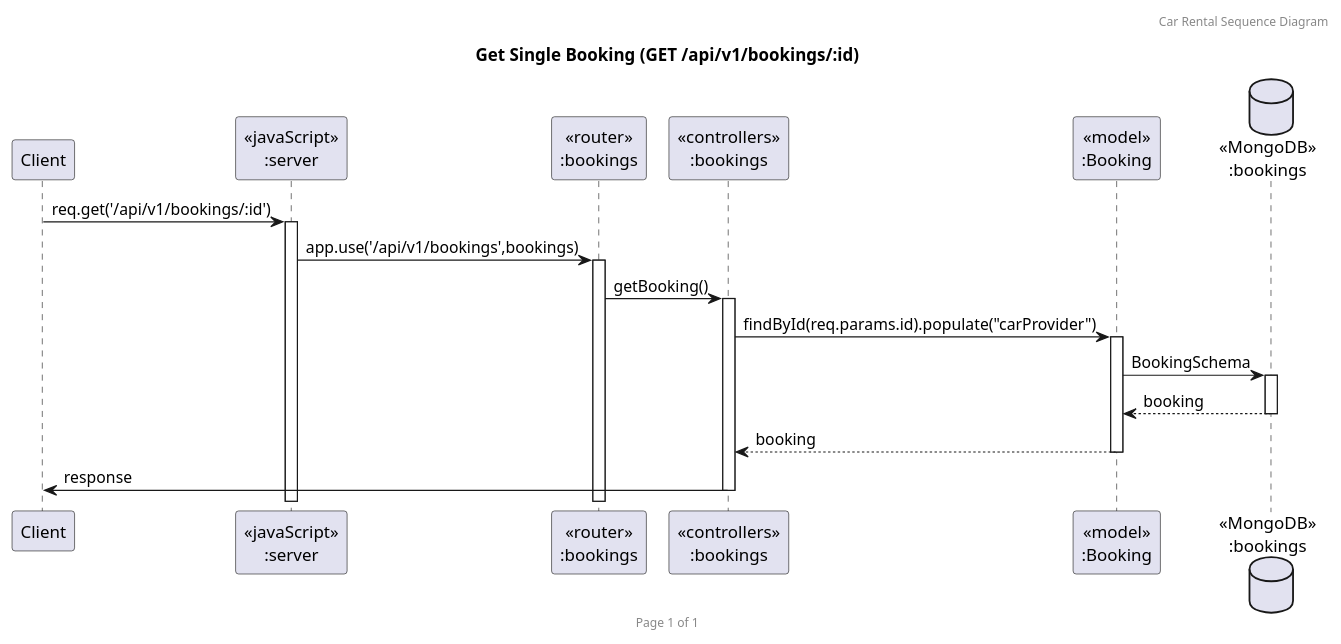
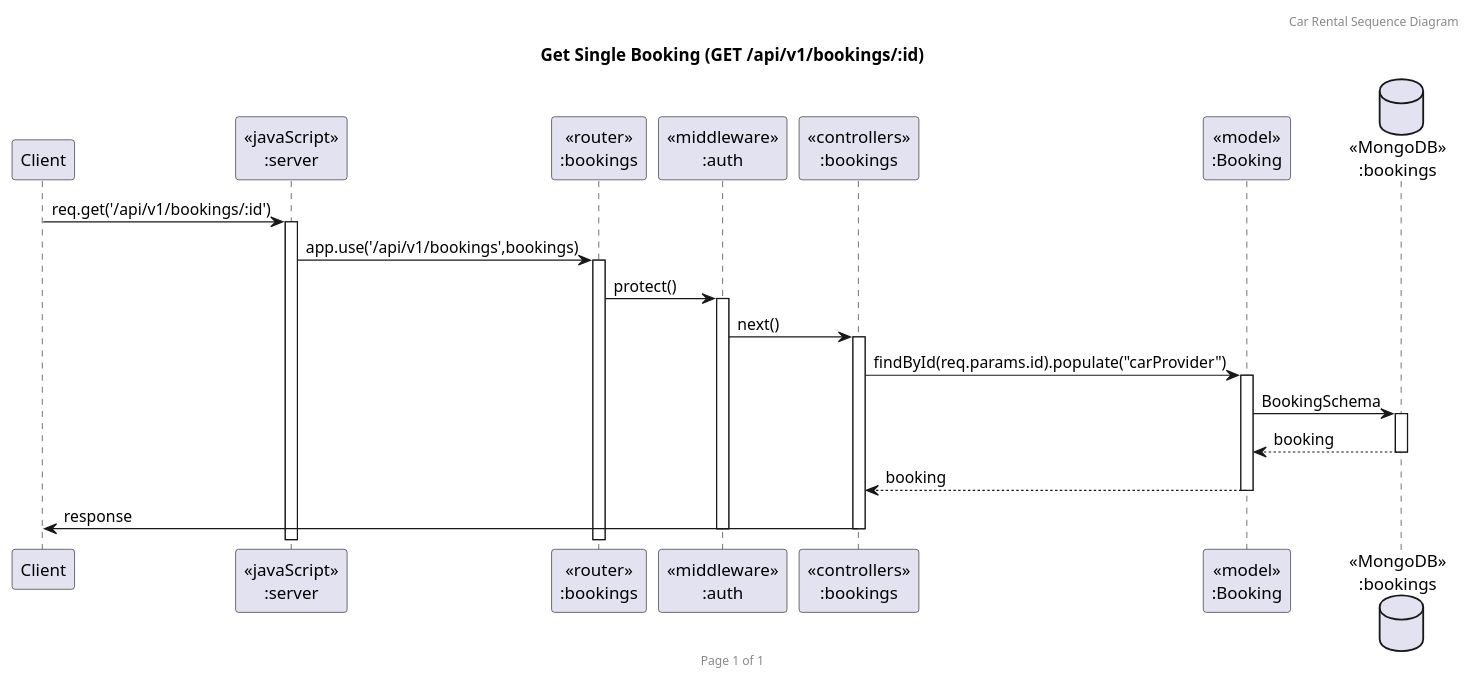
The diagram in UML/Sequence_Booking_GET.puml (2110503-CEDT68/be-project-68-paopaopao), drawn with PlantUML before and after one commit. The commit also changed 9 other files, not shown here.

Commit message:
Fix: sequence diagram fix

```diff
--- a/UML/Sequence_Booking_GET.puml
+++ b/UML/Sequence_Booking_GET.puml
@@ -1,23 +1,26 @@
 @startuml Sequence_Booking_GET
 
 header Car Rental Sequence Diagram
 footer Page %page% of %lastpage%
 title "Get Single Booking (GET /api/v1/bookings/:id)"
 
 participant "Client" as client
 participant "<<javaScript>>\n:server" as server
 participant "<<router>>\n:bookings" as routerBookings
+participant "<<middleware>>\n:auth" as middlewareAuth
 participant "<<controllers>>\n:bookings" as controllersBookings
 participant "<<model>>\n:Booking" as modelBooking
 database "<<MongoDB>>\n:bookings" as BookingsDatabase
 
 client->server ++:req.get('/api/v1/bookings/:id')
 server->routerBookings ++:app.use('/api/v1/bookings',bookings)
-routerBookings->controllersBookings ++:getBooking()
+routerBookings->middlewareAuth ++:protect()
+middlewareAuth->controllersBookings ++:next()
 controllersBookings->modelBooking ++:findById(req.params.id).populate("carProvider")
 modelBooking->BookingsDatabase ++: BookingSchema
 BookingsDatabase-->modelBooking --: booking
 controllersBookings<--modelBooking --: booking
 controllersBookings->client --:response
+deactivate middlewareAuth
 
 @enduml
```
